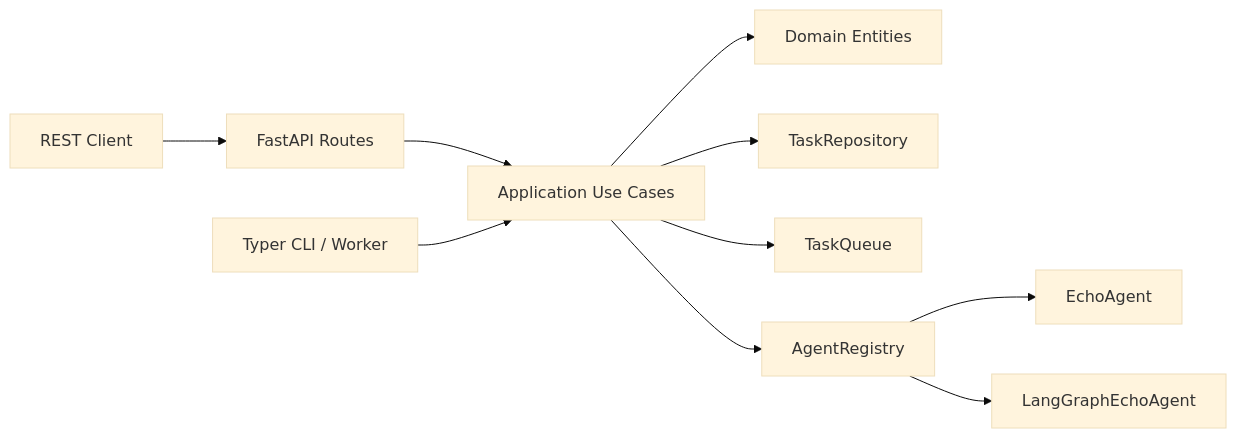
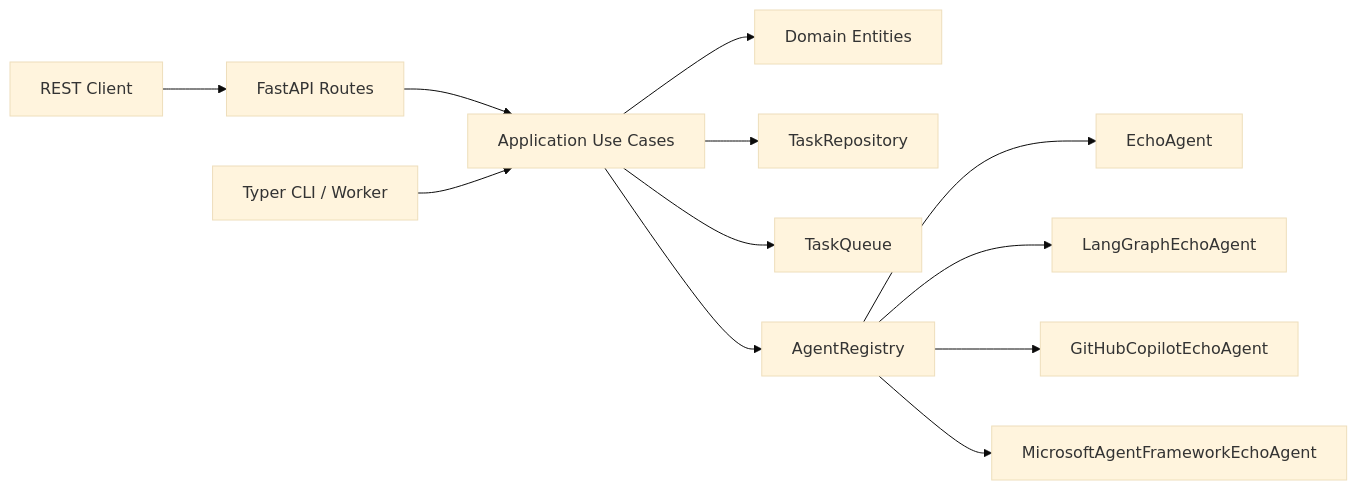
Before and after one commit to ks6088ts-labs/concierge: the first of 2 diagrams in docs/cloud_agent/index.md, drawn with Mermaid (base theme). The commit also changed other lines of this file and 6 other files, not shown here.

Commit message:
feat(agent): add Microsoft Agent Framework echo agent configuration and documentation

````diff
--- a/docs/cloud_agent/index.md
+++ b/docs/cloud_agent/index.md
@@ -13,12 +13,14 @@
 ```mermaid
 flowchart LR
     Client[REST Client] --> Web[FastAPI Routes]
     Web --> UC[Application Use Cases]
     CLI[Typer CLI / Worker] --> UC
     UC --> Domain[Domain Entities]
     UC --> Repo[TaskRepository]
     UC --> Queue[TaskQueue]
     UC --> Registry[AgentRegistry]
     Registry --> Echo[EchoAgent]
     Registry --> LGE[LangGraphEchoAgent]
+    Registry --> GCE[GitHubCopilotEchoAgent]
+    Registry --> MAF[MicrosoftAgentFrameworkEchoAgent]
 ```
````
